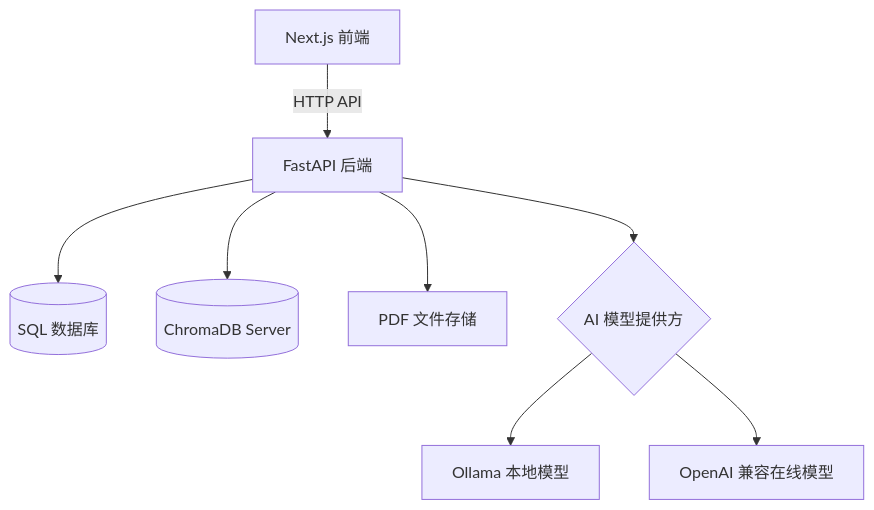
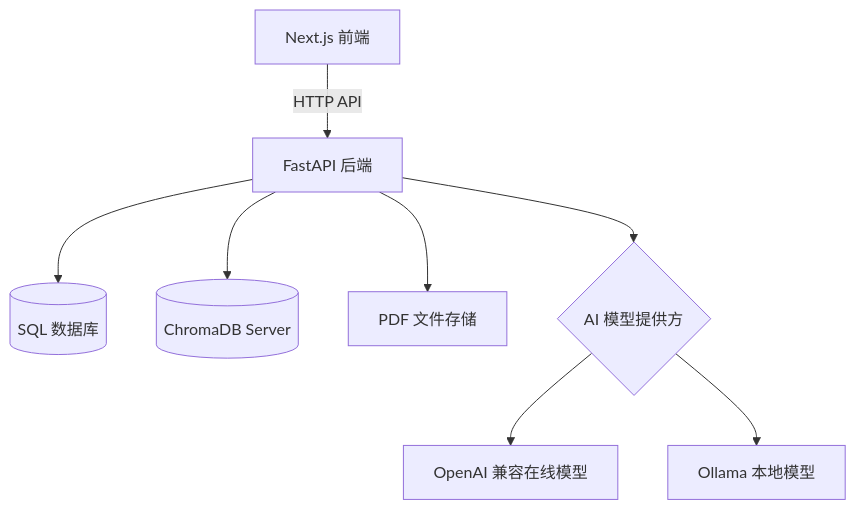
The first of 2 diagrams in docs/architecture.md (lc114548274-pixel/campusmind-ai-study-assistant), drawn with Mermaid before and after one commit. The commit also changed other lines of this file and 5 other files, not shown here.

````diff
--- a/docs/architecture.md
+++ b/docs/architecture.md
@@ -5,10 +5,10 @@
 ```mermaid
 flowchart TD
   A[Next.js 前端] -->|HTTP API| B[FastAPI 后端]
   B --> C[(SQL 数据库)]
   B --> D[(ChromaDB Server)]
   B --> E[PDF 文件存储]
   B --> F{AI 模型提供方}
-  F --> G[Ollama 本地模型]
-  F --> H[OpenAI 兼容在线模型]
+  F --> G[OpenAI 兼容在线模型]
+  F --> H[Ollama 本地模型]
 ```
````
